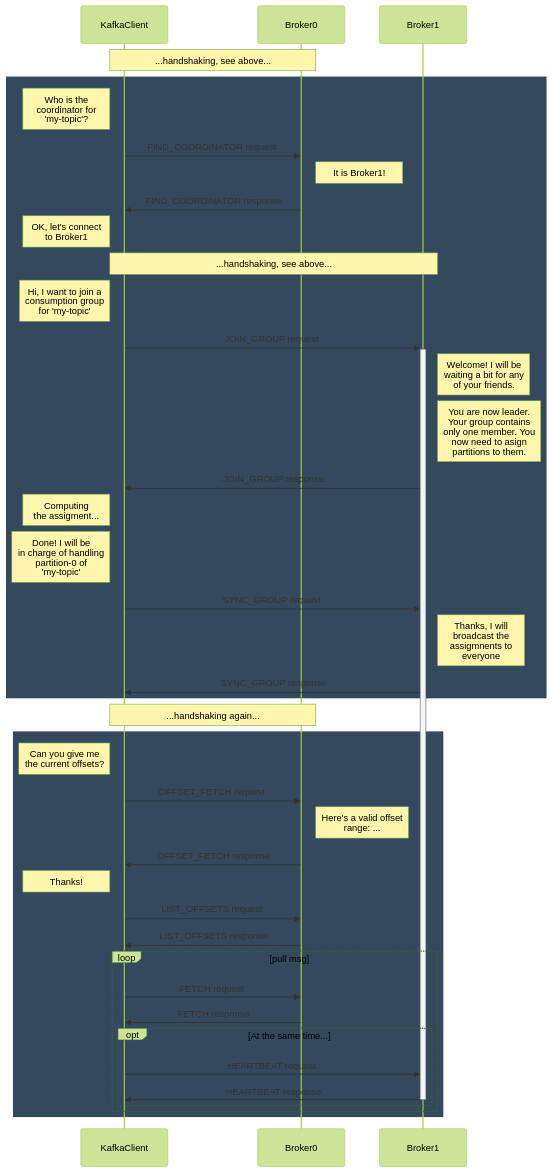
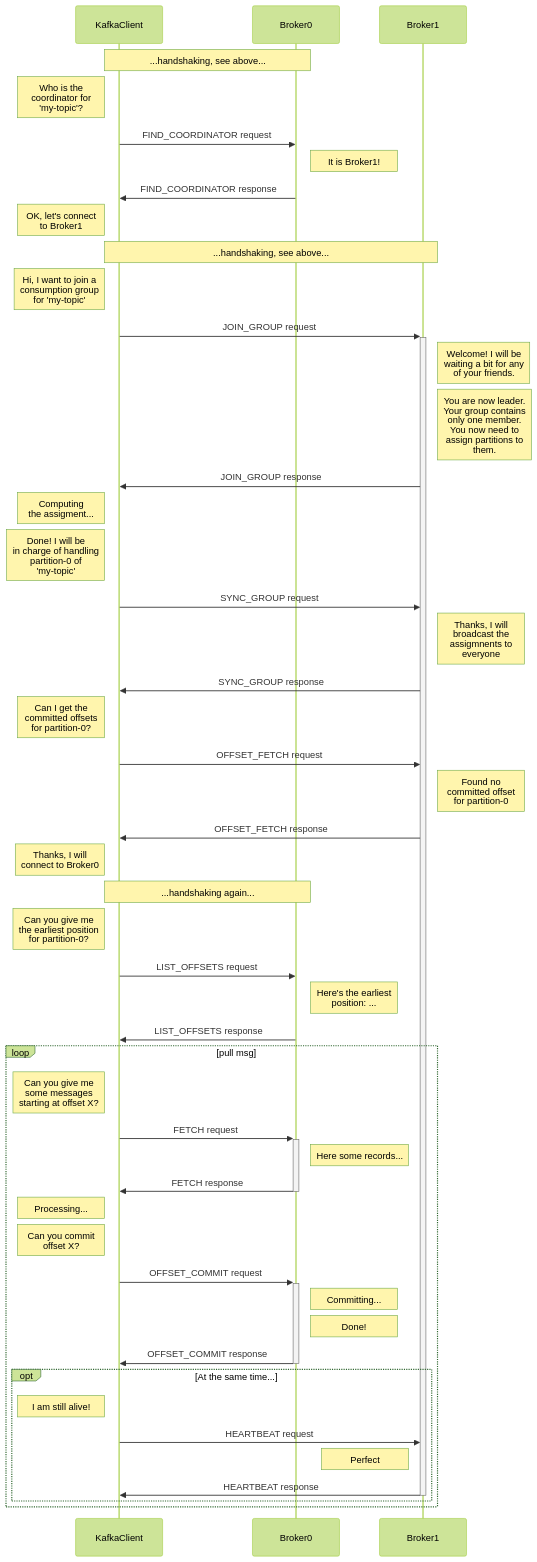
Before and after one commit to PierreZ/pierrezemb.fr: the third of 3 diagrams in content/posts/diving-into-kafka-protocol/index.md, drawn with Mermaid (forest theme). The commit also changed other lines of this file and 1 other file, not shown here.

Commit message:
kafka consuming is done!

```diff
--- a/content/posts/diving-into-kafka-protocol/index.md
+++ b/content/posts/diving-into-kafka-protocol/index.md
@@ -99,54 +98,69 @@
 {{<mermaid>}}
 sequenceDiagram
 
     Note over KafkaClient,Broker0: ...handshaking, see above...
-    rect rgb(52, 73, 94)
 
-        Note left of KafkaClient: Who is the <br/> coordinator for<br/> 'my-topic'?
-        KafkaClient ->> Broker0: FIND_COORDINATOR request
+    Note left of KafkaClient: Who is the <br/> coordinator for<br/> 'my-topic'?
+    KafkaClient ->> Broker0: FIND_COORDINATOR request
 
-        Note right of Broker0: It is Broker1!
-        Broker0 ->> KafkaClient: FIND_COORDINATOR response
+    Note right of Broker0: It is Broker1!
+    Broker0 ->> KafkaClient: FIND_COORDINATOR response
 
-        Note left of KafkaClient: OK, let's connect<br/> to Broker1
-        Note over KafkaClient,Broker1: ...handshaking, see above...
+    Note left of KafkaClient: OK, let's connect<br/> to Broker1
+    Note over KafkaClient,Broker1: ...handshaking, see above...
 
-        Note left of KafkaClient: Hi, I want to join a <br/> consumption group <br/>for 'my-topic'
-        KafkaClient ->>+ Broker1: JOIN_GROUP request
+    Note left of KafkaClient: Hi, I want to join a <br/> consumption group <br/>for 'my-topic'
+    KafkaClient ->>+ Broker1: JOIN_GROUP request
 
-        Note right of Broker1: Welcome! I will be <br/> waiting a bit for any <br/>of your friends.
-        Note right of Broker1: You are now leader. <br/>Your group contains  <br/> only one member. You <br/> now need to asign <br/>partitions to them. 
-        Broker1 ->> KafkaClient: JOIN_GROUP response
+    Note right of Broker1: Welcome! I will be <br/> waiting a bit for any <br/>of your friends.
+    Note right of Broker1: You are now leader. <br/>Your group contains <br/> only one member.<br/> You now  need to <br/> assign partitions to <br/> them. 
+    Broker1 ->> KafkaClient: JOIN_GROUP response
 
-        Note left of KafkaClient: Computing <br/>the assigment...
-        Note left of KafkaClient: Done! I will be <br/> in charge of handling <br/> partition-0 of <br/>'my-topic'
-        KafkaClient ->> Broker1: SYNC_GROUP request
+    Note left of KafkaClient: Computing <br/>the assigment...
+    Note left of KafkaClient: Done! I will be <br/> in charge of handling <br/> partition-0 of <br/>'my-topic'
+    KafkaClient ->> Broker1: SYNC_GROUP request
 
-        Note right of Broker1: Thanks, I will <br/>broadcast the <br/>assigmnents to <br/>everyone
-        Broker1 ->> KafkaClient: SYNC_GROUP response
+    Note right of Broker1: Thanks, I will <br/>broadcast the <br/>assigmnents to <br/>everyone
+    Broker1 ->> KafkaClient: SYNC_GROUP response
 
-    end
-        Note over KafkaClient,Broker0: ...handshaking again...
-    rect rgb(52, 73, 94)
+    Note left of KafkaClient: Can I get the <br/> committed offsets <br/> for partition-0?
+    KafkaClient ->> Broker1: OFFSET_FETCH request
 
-        Note left of KafkaClient: Can you give me <br/> the current offsets?
-        KafkaClient ->> Broker0: OFFSET_FETCH request
+    Note right of Broker1: Found no <br/>committed offset<br/> for partition-0
+    Broker1 ->> KafkaClient: OFFSET_FETCH response
 
-        Note right of Broker0: Here's a valid offset <br/> range: ...
-        Broker0 ->> KafkaClient: OFFSET_FETCH response
+    Note left of KafkaClient: Thanks, I will <br/>connect to Broker0
 
-        Note left of KafkaClient: Thanks!
-        KafkaClient ->> Broker0: LIST_OFFSETS request
+    Note over KafkaClient,Broker0: ...handshaking again...
+
+    Note left of KafkaClient: Can you give me<br/> the earliest position<br/> for partition-0?
+    KafkaClient ->> Broker0: LIST_OFFSETS request
         
-        Broker0 ->> KafkaClient: LIST_OFFSETS response
+    Note right of Broker0: Here's the earliest <br/> position: ...
+    Broker0 ->> KafkaClient: LIST_OFFSETS response
     
-        loop pull msg
-            KafkaClient ->> Broker0: FETCH request
-            Broker0 ->> KafkaClient: FETCH response
-                    opt At the same time...
-                KafkaClient ->> Broker1: HEARTBEAT request
-                Broker1 ->>- KafkaClient: HEARTBEAT response
-        end
+    loop pull msg
+
+        Note left of KafkaClient: Can you give me<br/> some messages <br/> starting  at offset X?
+        KafkaClient ->>+ Broker0: FETCH request
+
+        Note right of Broker0: Here some records...
+        Broker0 ->>- KafkaClient: FETCH response
+
+        Note left of KafkaClient: Processing...
+        Note left of KafkaClient: Can you commit <br/>offset X?
+        KafkaClient ->>+ Broker0: OFFSET_COMMIT request
+
+        Note right of Broker0: Committing...
+        Note right of Broker0: Done!
+        Broker0 ->>- KafkaClient: OFFSET_COMMIT response
+            
+        opt At the same time...
+
+            Note left of KafkaClient: I am still alive!  
+            KafkaClient ->> Broker1: HEARTBEAT request
+            Note left of Broker1: Perfect 
+            Broker1 ->>- KafkaClient: HEARTBEAT response
         end
     end 
 {{</mermaid>}}
```
